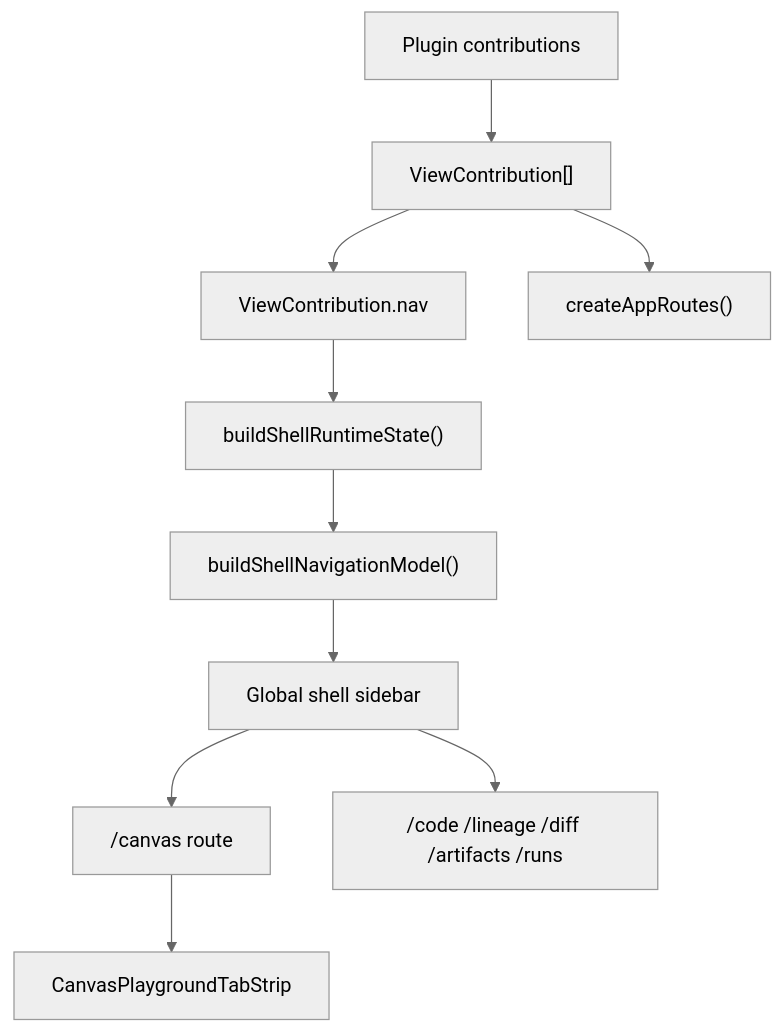
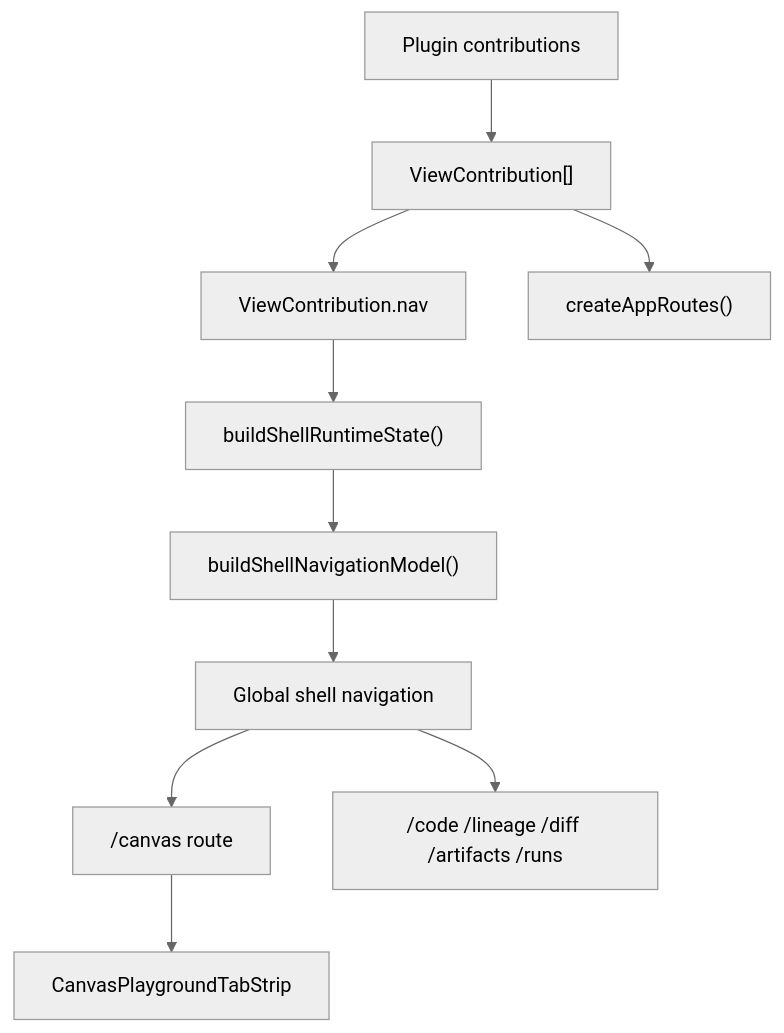
The first of 6 diagrams in docs/planning/proposals/mandatory/frontend-and-ux/canvas-workbench-tabs-placement-design-plan-20260503.md (dunay2/dvt), drawn with Mermaid (neutral theme) before and after one commit. The commit also changed other lines of this file and 15 other files, not shown here.

Commit message:
docs(docs): Align Canvas workbench UX route

````diff
--- a/docs/planning/proposals/mandatory/frontend-and-ux/canvas-workbench-tabs-placement-design-plan-20260503.md
+++ b/docs/planning/proposals/mandatory/frontend-and-ux/canvas-workbench-tabs-placement-design-plan-20260503.md
@@ -109,23 +114,23 @@
 ```mermaid
 flowchart TD
   Plugins["Plugin contributions"]
   Views["ViewContribution[]"]
   Nav["ViewContribution.nav"]
   Routes["createAppRoutes()"]
   ShellRuntime["buildShellRuntimeState()"]
   ShellNav["buildShellNavigationModel()"]
-  Sidebar["Global shell sidebar"]
+  ShellSurface["Global shell navigation"]
   Canvas["/canvas route"]
   RouteViews["/code /lineage /diff /artifacts /runs"]
   CanvasTabs["CanvasPlaygroundTabStrip"]
 
   Plugins --> Views
   Views --> Routes
   Views --> Nav
   Nav --> ShellRuntime
   ShellRuntime --> ShellNav
-  ShellNav --> Sidebar
-  Sidebar --> Canvas
-  Sidebar --> RouteViews
+  ShellNav --> ShellSurface
+  ShellSurface --> Canvas
+  ShellSurface --> RouteViews
   Canvas --> CanvasTabs
 ```
````
